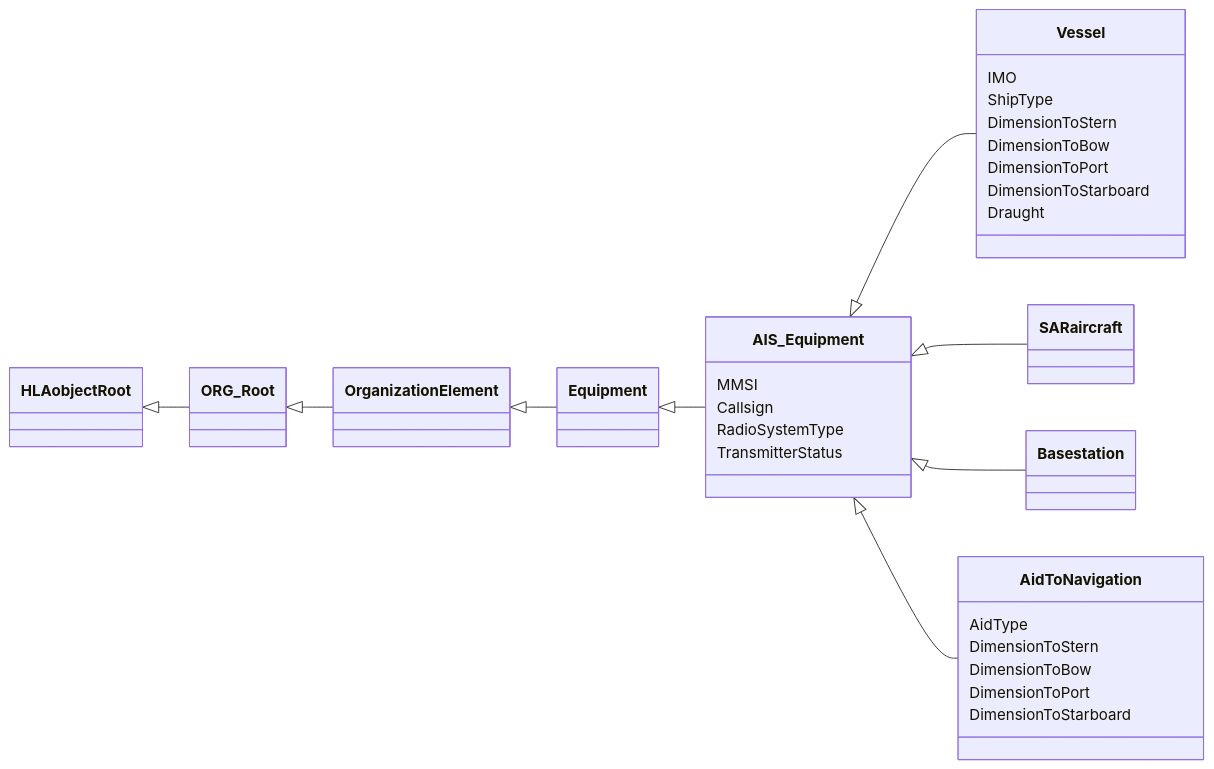
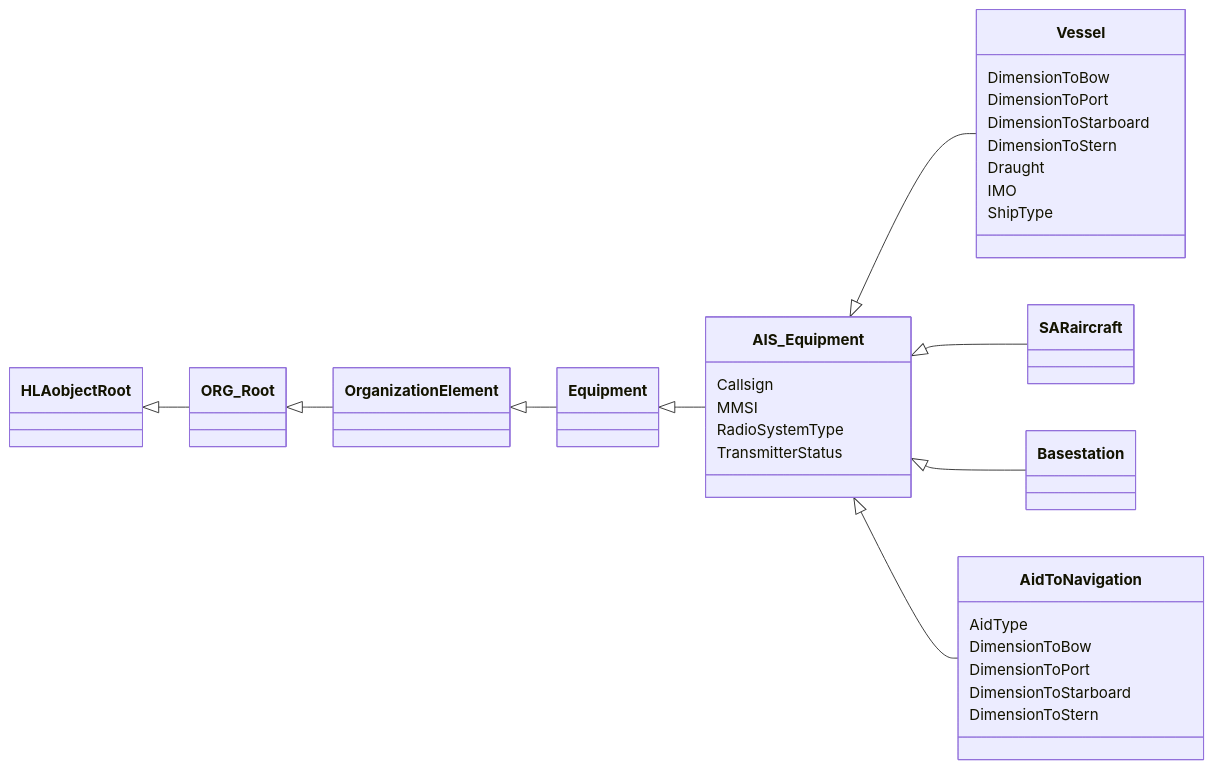
The first of 2 diagrams in NETN-AIS.md (AMSP-04/NETN-AIS), drawn with Mermaid before and after one commit. The commit also changed other lines of this file, not shown here.

````diff
--- a/NETN-AIS.md
+++ b/NETN-AIS.md
@@ -176,29 +143,29 @@
 ```mermaid
 classDiagram 
 direction LR
 
 HLAobjectRoot <|-- ORG_Root
 ORG_Root <|-- OrganizationElement
 OrganizationElement <|-- Equipment
 Equipment <|-- AIS_Equipment
 AIS_Equipment <|-- Vessel
 AIS_Equipment <|-- SARaircraft
 AIS_Equipment <|-- Basestation
 AIS_Equipment <|-- AidToNavigation
+AIS_Equipment : Callsign
 AIS_Equipment : MMSI
-AIS_Equipment : Callsign
 AIS_Equipment : RadioSystemType
 AIS_Equipment : TransmitterStatus
-Vessel : IMO
-Vessel : ShipType
-Vessel : DimensionToStern
 Vessel : DimensionToBow
 Vessel : DimensionToPort
 Vessel : DimensionToStarboard
+Vessel : DimensionToStern
 Vessel : Draught
+Vessel : IMO
+Vessel : ShipType
 AidToNavigation : AidType
-AidToNavigation : DimensionToStern
 AidToNavigation : DimensionToBow
 AidToNavigation : DimensionToPort
 AidToNavigation : DimensionToStarboard
+AidToNavigation : DimensionToStern
 ```
````
